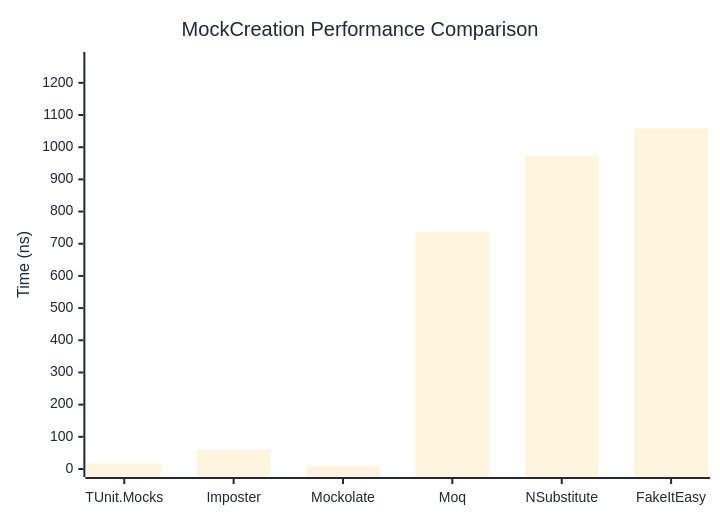
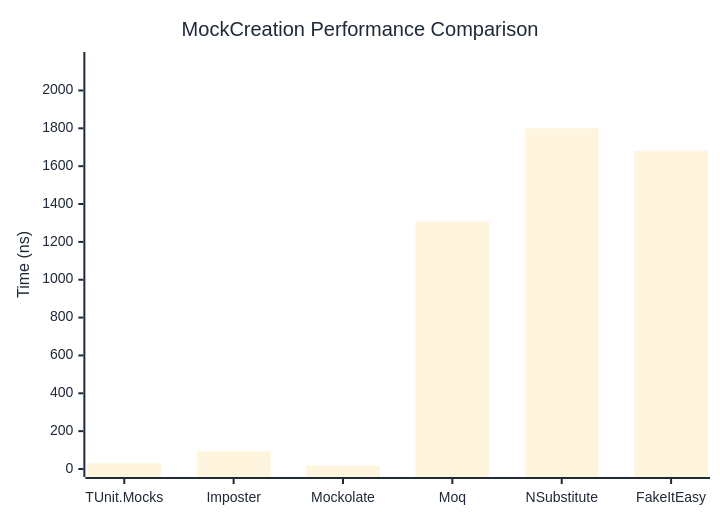
Before and after one commit to thomhurst/TUnit: the first of 2 diagrams in docs/docs/benchmarks/mocks/MockCreation.md, drawn with Mermaid. The commit also changed other lines of this file and 14 other files, not shown here.

````diff
--- a/docs/docs/benchmarks/mocks/MockCreation.md
+++ b/docs/docs/benchmarks/mocks/MockCreation.md
@@ -30,27 +30,27 @@
 ```mermaid
 %%{init: {
   'theme':'base',
   'themeVariables': {
     'primaryColor': '#2563eb',
     'primaryTextColor': '#1f2937',
     'primaryBorderColor': '#1e40af',
     'lineColor': '#6b7280',
     'secondaryColor': '#7c3aed',
     'tertiaryColor': '#dc2626',
     'background': '#ffffff',
     'pie1': '#2563eb',
     'pie2': '#7c3aed',
     'pie3': '#dc2626',
     'pie4': '#f59e0b',
     'pie5': '#10b981',
     'pie6': '#06b6d4',
     'pie7': '#ec4899',
     'pie8': '#6366f1'
   }
 }}%%
 xychart-beta
   title "MockCreation Performance Comparison"
   x-axis ["TUnit.Mocks", "Imposter", "Mockolate", "Moq", "NSubstitute", "FakeItEasy"]
-  y-axis "Time (ns)" 0 --> 1271
-  bar [17.251, 59.016, 10.049, 736.148, 972.222, 1058.376]
+  y-axis "Time (ns)" 0 --> 2161
+  bar [30.27, 93.46, 17.7, 1306.87, 1800.22, 1681.13]
 ```
````
